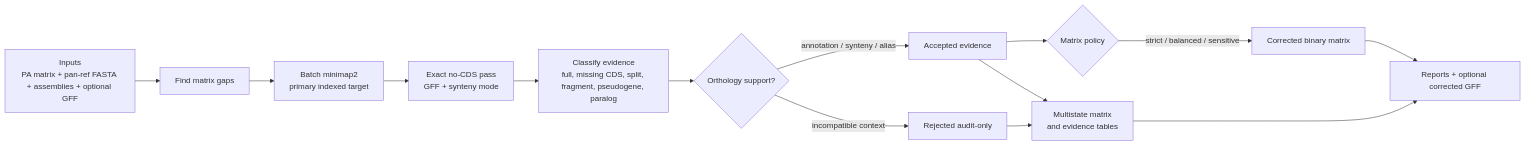
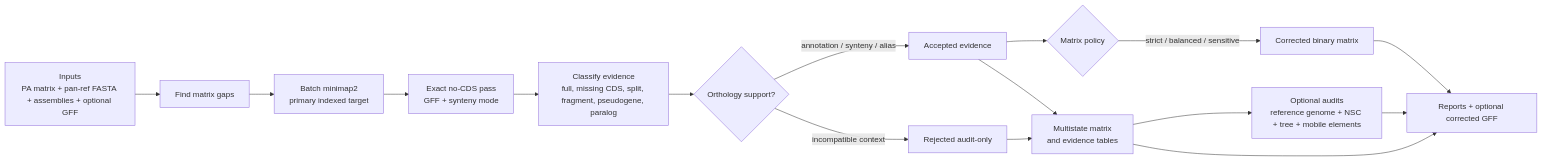
One commit to PathoGenOmics-Lab/recore changed the diagram in README.md. Above: the diagram before and after it, drawn with Mermaid. The commit also changed other lines of this file, not shown here.

````diff
--- a/README.md
+++ b/README.md
@@ -107,16 +109,18 @@
 ```mermaid
 flowchart LR
     A["Inputs<br/>PA matrix + pan-ref FASTA + assemblies + optional GFF"] --> B["Find matrix gaps"]
     B --> C["Batch minimap2<br/>primary indexed target"]
     C --> C2["Exact no-CDS pass<br/>GFF + synteny mode"]
     C2 --> D["Classify evidence<br/>full, missing CDS, split, fragment, pseudogene, paralog"]
     D --> E{"Orthology support?"}
     E -->|annotation / synteny / alias| F["Accepted evidence"]
     E -->|incompatible context| G["Rejected audit-only"]
     F --> H{"Matrix policy"}
     H -->|strict / balanced / sensitive| I["Corrected binary matrix"]
     F --> J["Multistate matrix<br/>and evidence tables"]
     G --> J
+    J --> L["Optional audits<br/>reference genome + NSC + tree + mobile elements"]
     I --> K["Reports + optional corrected GFF"]
+    L --> K
     J --> K
 ```
````
